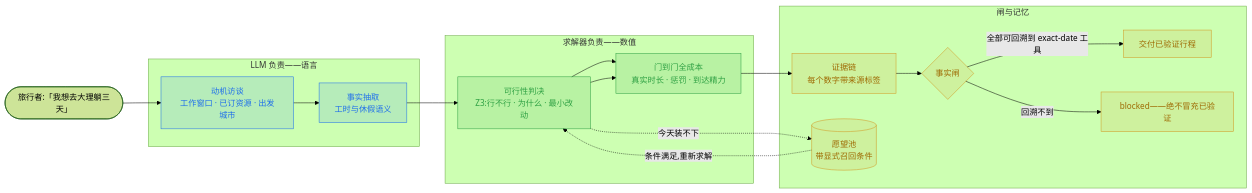
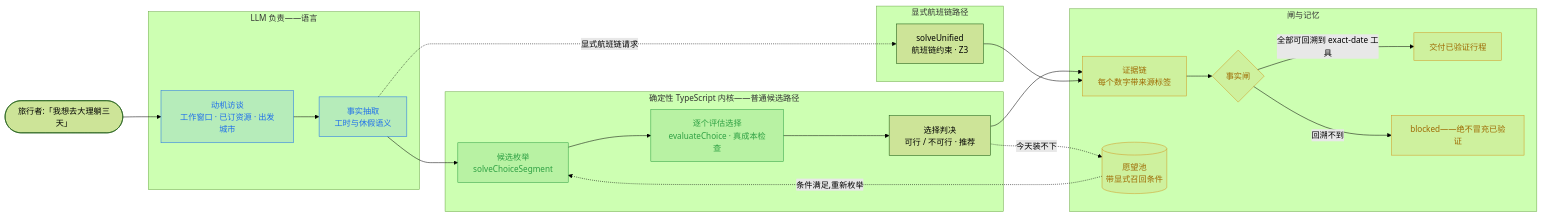
One commit to Danceiny/gotry changed the first of 4 diagrams in README.zh-CN.md. Above: the diagram before and after it, drawn with Mermaid (forest theme). The commit also changed other lines of this file and 11 other files, not shown here.

````diff
--- a/README.zh-CN.md
+++ b/README.zh-CN.md
@@ -33,26 +33,31 @@
 ```mermaid
 flowchart LR
   U(["旅行者:「我想去大理躺三天」"]) --> A
   subgraph LANG["LLM 负责——语言"]
     A["动机访谈<br/>工作窗口 · 已订资源 · 出发城市"] --> B["事实抽取<br/>工时与休假语义"]
   end
-  subgraph NUM["求解器负责——数值"]
-    C["可行性判决<br/>Z3:行不行 · 为什么 · 最小改动"] --> D["门到门全成本<br/>真实时长 · 惩罚 · 到达精力"]
+  subgraph NUM["确定性 TypeScript 内核——普通候选路径"]
+    C["候选枚举<br/>solveChoiceSegment"] --> D["逐个评估选择<br/>evaluateChoice · 真成本检查"] --> V["选择判决<br/>可行 / 不可行 · 推荐"]
+  end
+  subgraph Z3PATH["显式航班链路径"]
+    Z["solveUnified<br/>航班链约束 · Z3"]
   end
   subgraph GATE["闸与记忆"]
     E["证据链<br/>每个数字带来源标签"] --> F{"事实闸"}
     F -->|"全部可回溯到 exact-date 工具"| G["交付已验证行程"]
     F -->|"回溯不到"| H["blocked——绝不冒充已验证"]
     I[("愿望池<br/>带显式召回条件")]
   end
   B --> C
-  C --> D --> E
-  C -.->|"今天装不下"| I
-  I -.->|"条件满足,重新求解"| C
+  V --> E
+  B -.->|"显式航班链请求"| Z
+  Z --> E
+  V -.->|"今天装不下"| I
+  I -.->|"条件满足,重新枚举"| C
   classDef llm fill:#1f6feb22,stroke:#1f6feb,color:#1f6feb;
   classDef solver fill:#2ea04322,stroke:#2ea043,color:#2ea043;
   classDef gate fill:#d2992222,stroke:#d29922,color:#9e6a03;
   class A,B llm;
   class C,D solver;
   class E,F,G,H,I gate;
 ```
````
